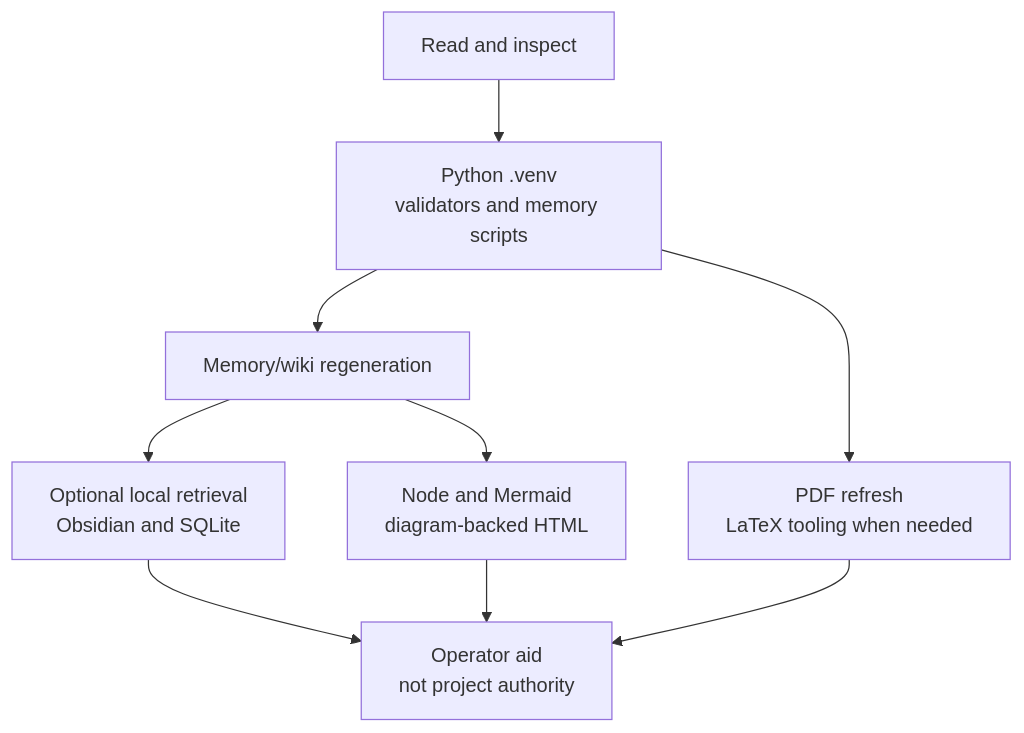
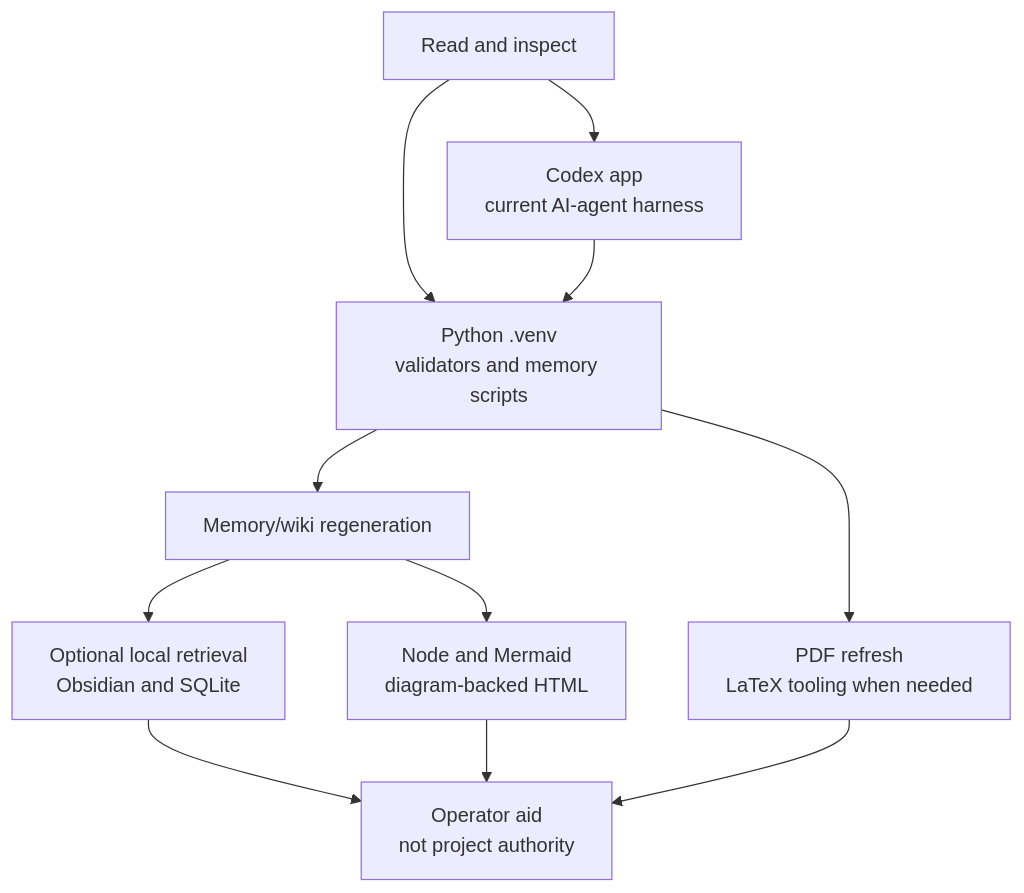
The diagram in github-facing/technical-requirements-explainer.md (AngryOwlAI/The-AEther-Flow), drawn with Mermaid before and after one commit. The commit also changed other lines of this file and 31 other files, not shown here.

````diff
--- a/github-facing/technical-requirements-explainer.md
+++ b/github-facing/technical-requirements-explainer.md
@@ -13,11 +13,13 @@
 ```mermaid
 flowchart TD
   Read["Read and inspect"] --> Python["Python .venv<br/>validators and memory scripts"]
+  Read --> Codex["Codex app<br/>current AI-agent harness"]
+  Codex --> Python
   Python --> Bootstrap["Memory/wiki regeneration"]
   Bootstrap --> Mermaid["Node and Mermaid<br/>diagram-backed HTML"]
   Bootstrap --> Retrieval["Optional local retrieval<br/>Obsidian and SQLite"]
   Python --> Pdf["PDF refresh<br/>LaTeX tooling when needed"]
   Retrieval --> Boundary["Operator aid<br/>not project authority"]
   Mermaid --> Boundary
   Pdf --> Boundary
 ```
````
